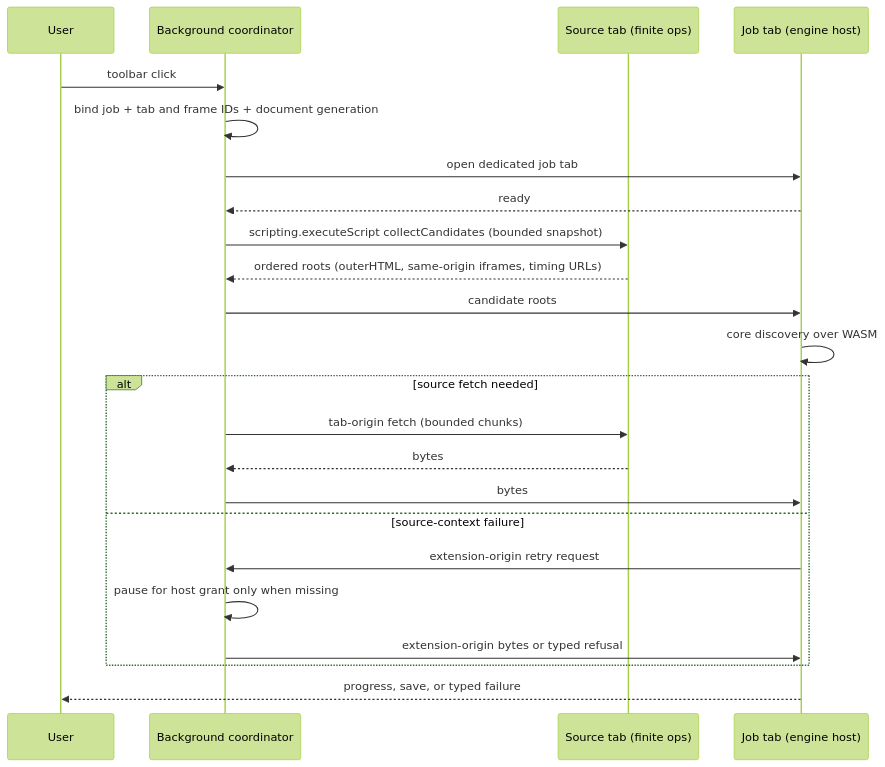
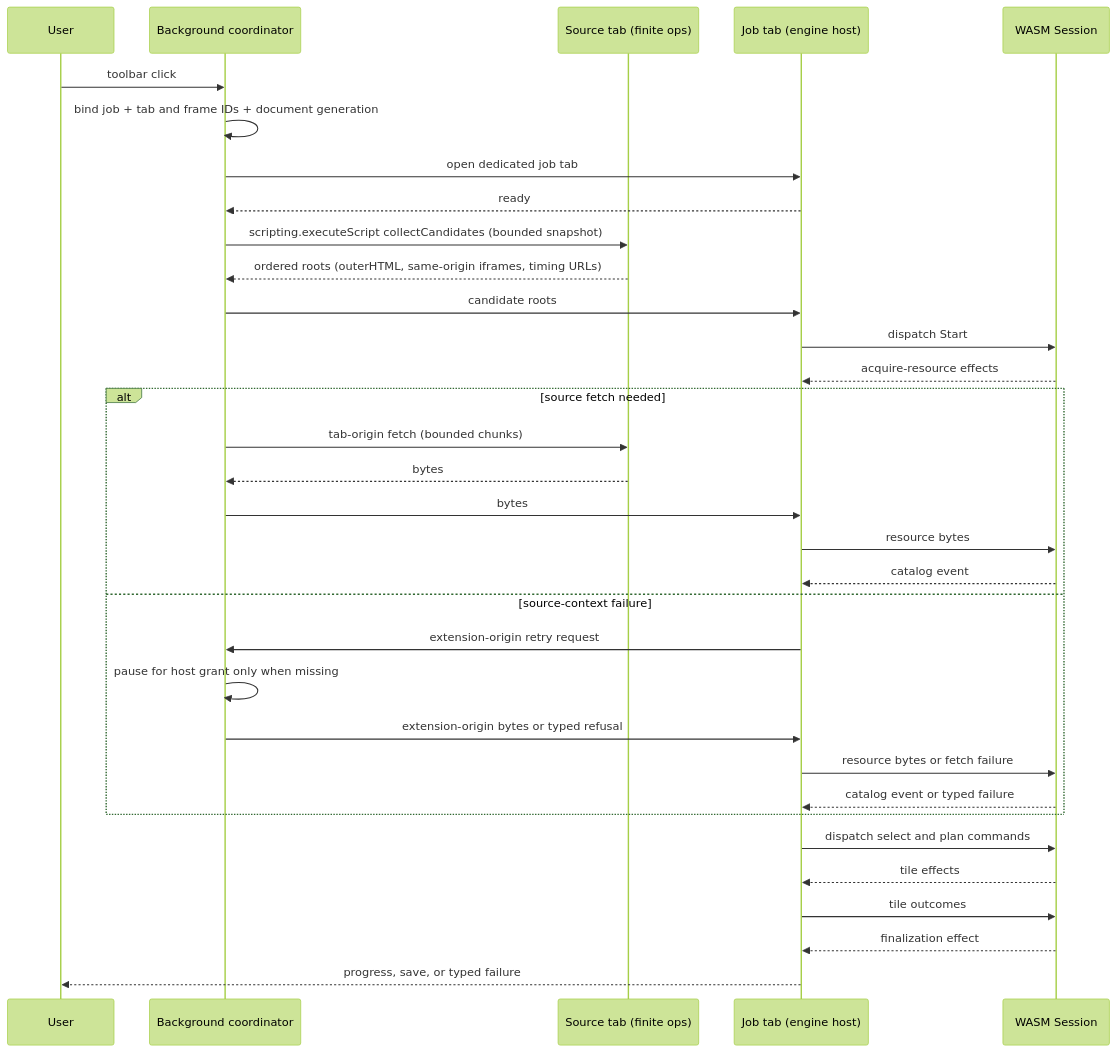
One commit to lovasoa/dezoomify changed the diagram in docs/extension.md. Above: the diagram before and after it, drawn with Mermaid (forest theme). The commit also changed other lines of this file and 1 other file, not shown here.

Commit message:
docs: give the WASM session its own lane in wasm diagrams
Browser-hosts diagram now splits host page vs WASM module
subgraphs with commands/results crossing the boundary.
Extension binding sequence gains a WASM Session participant
showing dispatch, effects, outcomes, and finalization.

````diff
--- a/docs/extension.md
+++ b/docs/extension.md
@@ -51,25 +51,35 @@
 ```mermaid
 sequenceDiagram
     participant U as User
     participant B as Background coordinator
     participant S as Source tab (finite ops)
     participant J as Job tab (engine host)
+    participant W as WASM Session
     U->>B: toolbar click
     B->>B: bind job + tab and frame IDs + document generation
     B->>J: open dedicated job tab
     J-->>B: ready
     B->>S: scripting.executeScript collectCandidates (bounded snapshot)
     S-->>B: ordered roots (outerHTML, same-origin iframes, timing URLs)
     B->>J: candidate roots
-    J->>J: core discovery over WASM
+    J->>W: dispatch Start
+    W-->>J: acquire-resource effects
     alt source fetch needed
         B->>S: tab-origin fetch (bounded chunks)
         S-->>B: bytes
         B->>J: bytes
+        J->>W: resource bytes
+        W-->>J: catalog event
     else source-context failure
         J->>B: extension-origin retry request
         B->>B: pause for host grant only when missing
         B->>J: extension-origin bytes or typed refusal
+        J->>W: resource bytes or fetch failure
+        W-->>J: catalog event or typed failure
     end
+    J->>W: dispatch select and plan commands
+    W-->>J: tile effects
+    J->>W: tile outcomes
+    W-->>J: finalization effect
     J-->>U: progress, save, or typed failure
 ```
````
